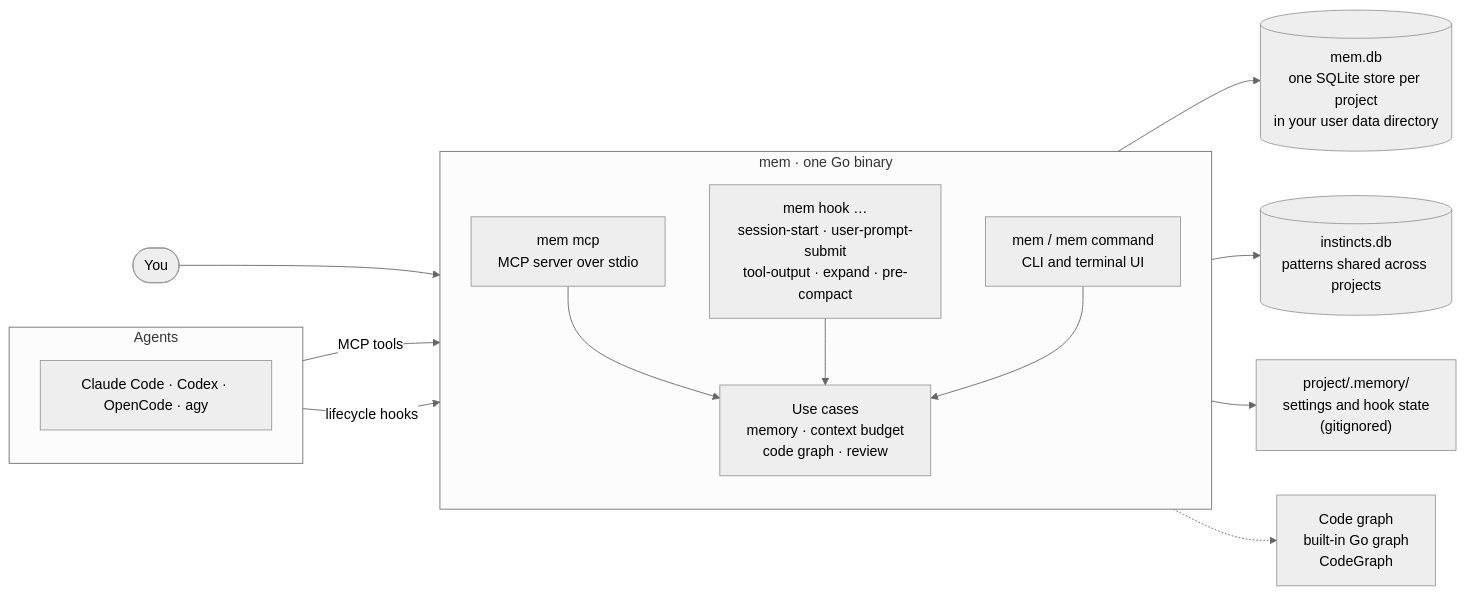
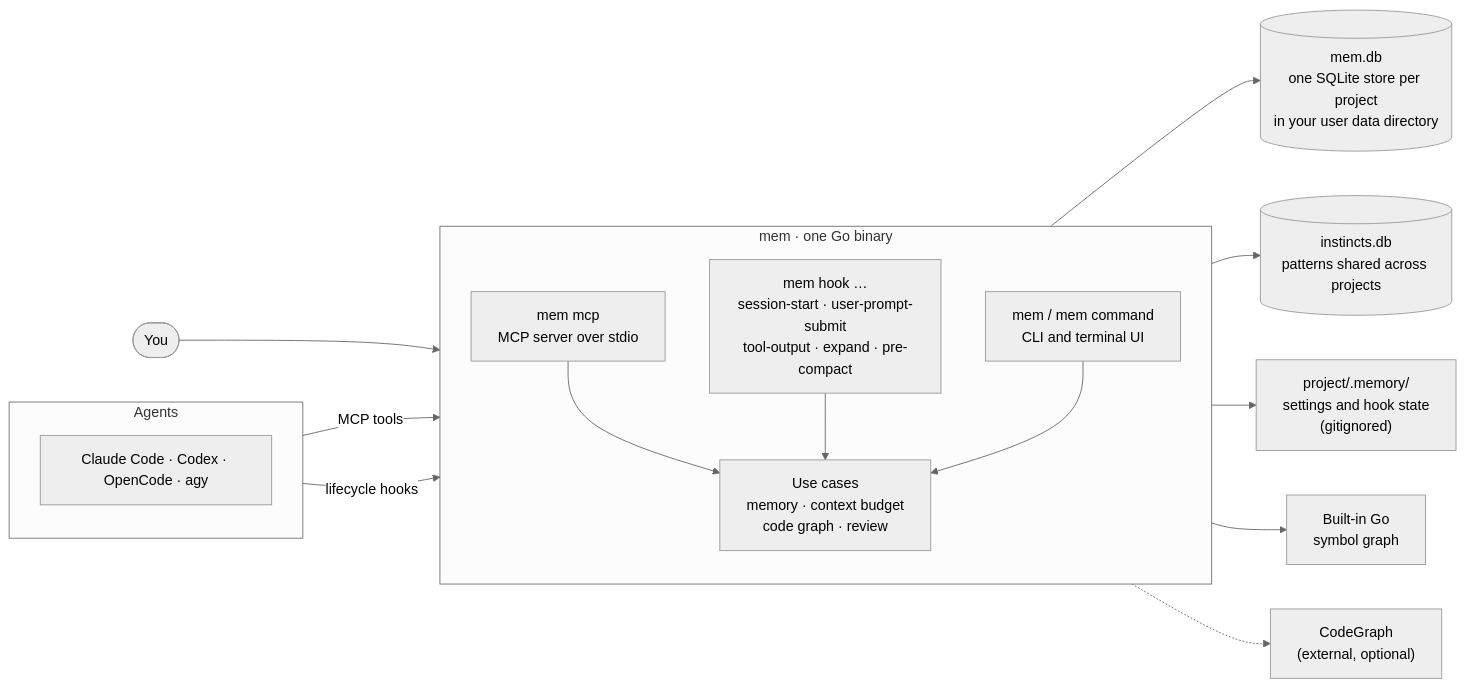
One commit to Sayoner-000/gomemory changed the diagram in README.md. Above: the diagram before and after it, drawn with Mermaid (neutral theme). The commit also changed other lines of this file and 11 other files, not shown here.

````diff
--- a/README.md
+++ b/README.md
@@ -116,27 +82,28 @@
 ```mermaid
 flowchart LR
     subgraph agents [Agents]
         direction TB
         hooked["Claude Code · Codex · OpenCode · agy"]
     end
 
     subgraph mem [mem · one Go binary]
         direction TB
         mcp["mem mcp<br/>MCP server over stdio"]
         hook["mem hook …<br/>session-start · user-prompt-submit<br/>tool-output · expand · pre-compact"]
         cli["mem / mem command<br/>CLI and terminal UI"]
         core["Use cases<br/>memory · context budget<br/>code graph · review"]
         mcp --> core
         hook --> core
         cli --> core
     end
 
     hooked -- "MCP tools" --> mcp
     hooked -- "lifecycle hooks" --> hook
     you(["You"]) --> cli
 
     core --> db[("mem.db<br/>one SQLite store per project<br/>in your user data directory")]
     core --> instincts[("instincts.db<br/>patterns shared across projects")]
     core --> local["project/.memory/<br/>settings and hook state<br/>(gitignored)"]
-    core -.-> codegraph["Code graph<br/>built-in Go graph<br/>CodeGraph"]
+    core --> gograph["Built-in Go<br/>symbol graph"]
+    core -.-> codegraph["CodeGraph<br/>(external, optional)"]
 ```
````
